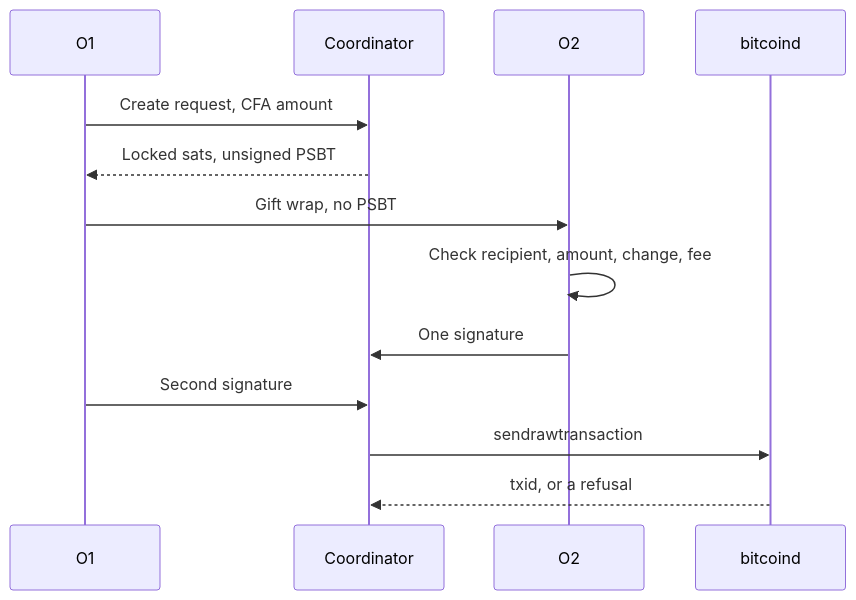
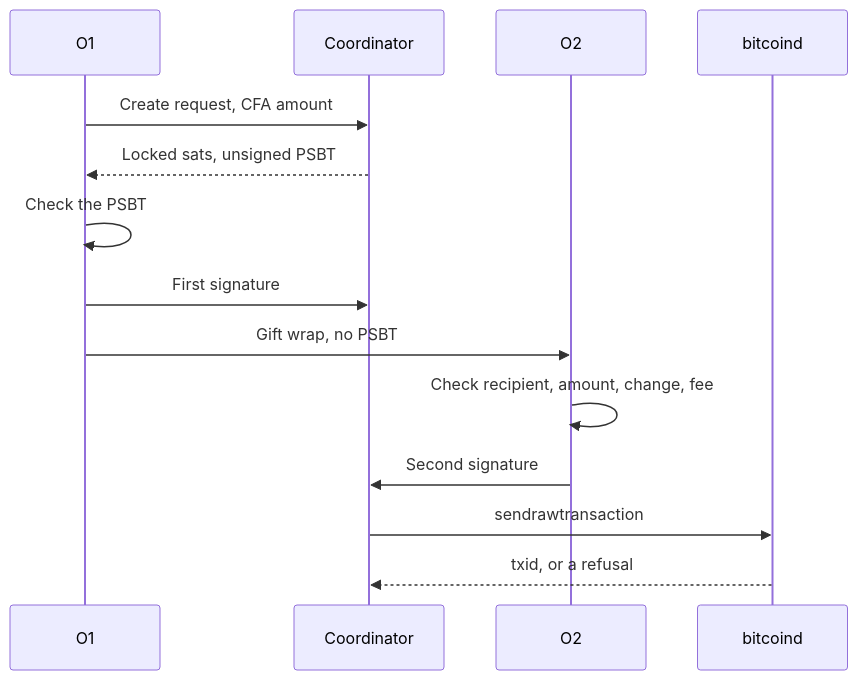
Before and after one commit to datharnu/koinon: the second of 2 diagrams in README.md, drawn with Mermaid. The commit also changed other lines of this file and 4 other files, not shown here.

````diff
--- a/README.md
+++ b/README.md
@@ -232,15 +232,16 @@
 ```mermaid
 sequenceDiagram
   participant O1
   participant Coord as Coordinator
   participant O2
   participant Node as bitcoind
   O1->>Coord: Create request, CFA amount
   Coord-->>O1: Locked sats, unsigned PSBT
+  O1->>O1: Check the PSBT
+  O1->>Coord: First signature
   O1->>O2: Gift wrap, no PSBT
   O2->>O2: Check recipient, amount, change, fee
-  O2->>Coord: One signature
-  O1->>Coord: Second signature
+  O2->>Coord: Second signature
   Coord->>Node: sendrawtransaction
   Node-->>Coord: txid, or a refusal
 ```
````
